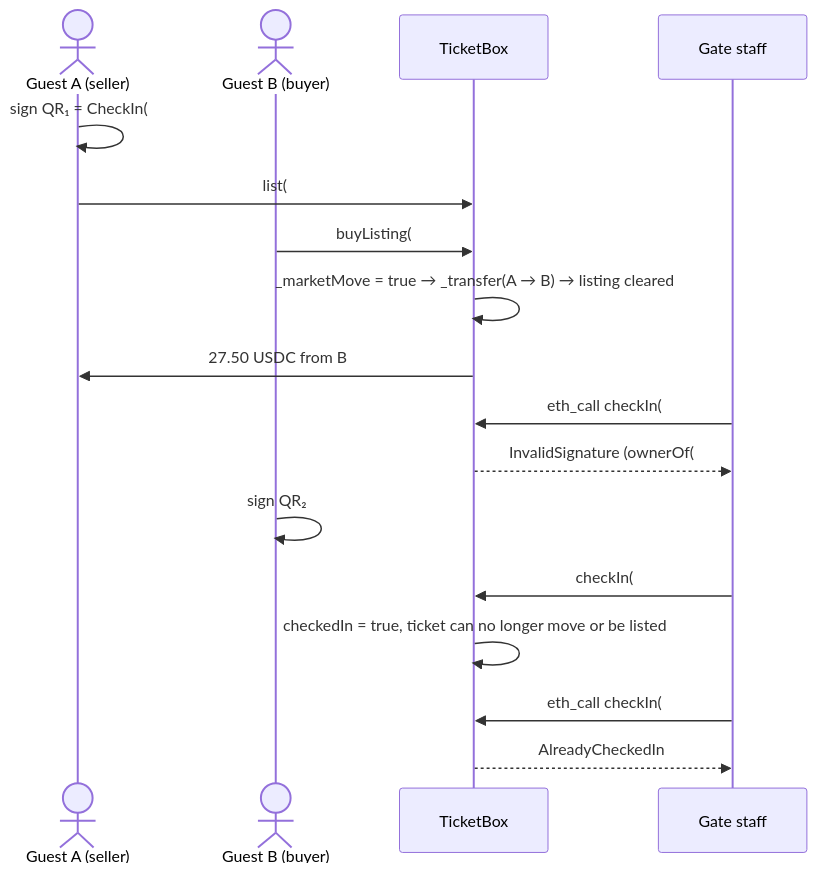
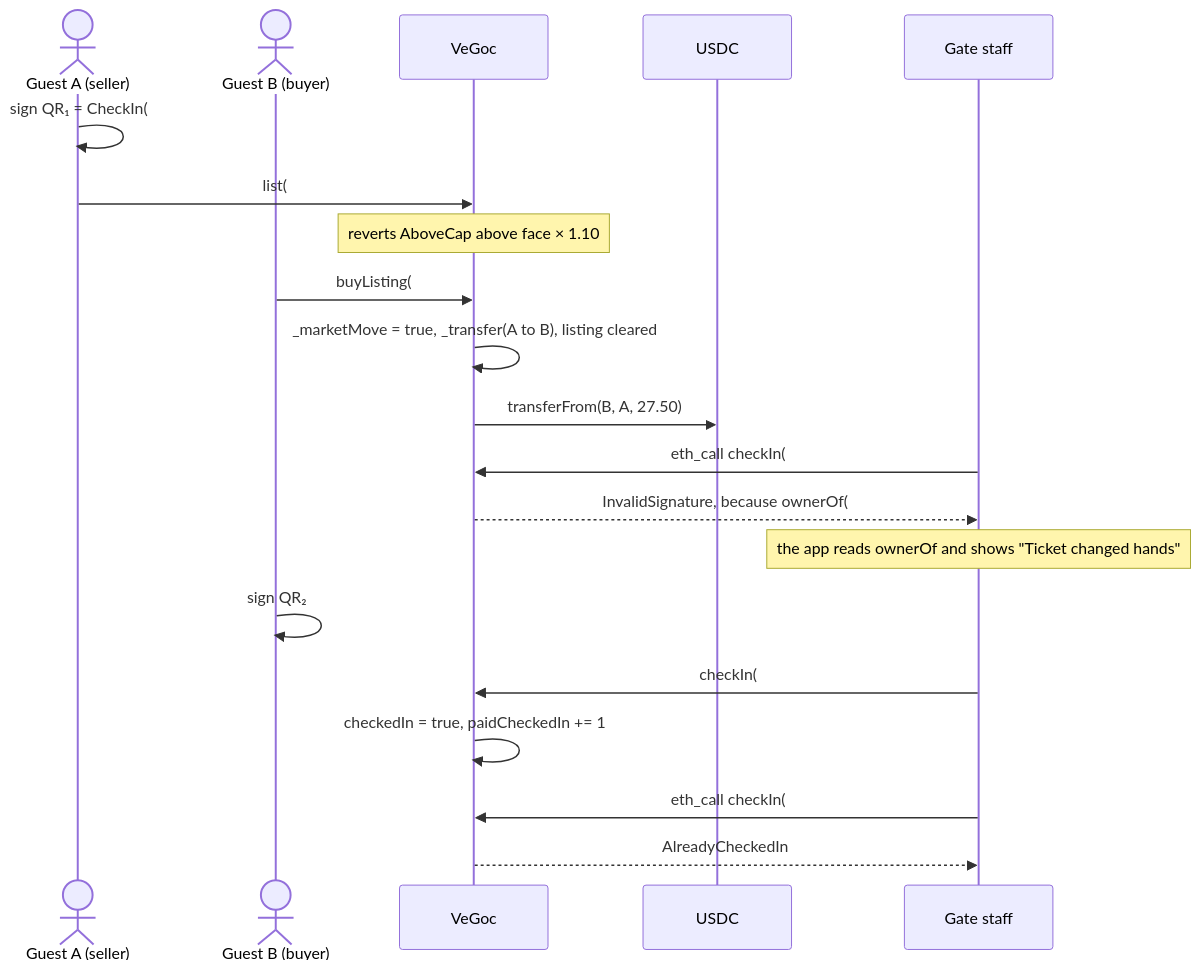
Before and after one commit to buiPhongGiang/ticketing: the third of 7 diagrams in docs/ARCHITECTURE.md, drawn with Mermaid. The commit also changed other lines of this file and 8 other files, not shown here.

First line of the commit message:
docs: README, architecture and demo beats for the VeGoc deployment; Fuji media

````diff
--- a/docs/ARCHITECTURE.md
+++ b/docs/ARCHITECTURE.md
@@ -69,19 +92,22 @@
 ```mermaid
 sequenceDiagram
   actor A as Guest A (seller)
   actor B as Guest B (buyer)
-  participant T as TicketBox
+  participant T as VeGoc
+  participant U as USDC
   participant S as Gate staff
-  A->>A: sign QR₁ = CheckIn(#7, now+180) (kept by A)
-  A->>T: list(#7, 27.50)  (reverts above face × 1.10)
+  A->>A: sign QR₁ = CheckIn(#7, now + 180 s) and keep it
+  A->>T: list(#7, 27.50)
+  Note over T: reverts AboveCap above face × 1.10
   B->>T: buyListing(#7, maxPrice 27.50)
-  T->>T: _marketMove = true → _transfer(A → B) → listing cleared
-  T->>A: 27.50 USDC from B
+  T->>T: _marketMove = true, _transfer(A to B), listing cleared
+  T->>U: transferFrom(B, A, 27.50)
   S->>T: eth_call checkIn(#7, QR₁)
-  T-->>S: InvalidSignature (ownerOf(#7) is B) → app shows "Ticket changed hands"
+  T-->>S: InvalidSignature, because ownerOf(#7) is B
+  Note over S: the app reads ownerOf and shows "Ticket changed hands"
   B->>B: sign QR₂
   S->>T: checkIn(#7, QR₂)
-  T->>T: checkedIn = true, ticket can no longer move or be listed
+  T->>T: checkedIn = true, paidCheckedIn += 1
   S->>T: eth_call checkIn(#7, QR₂) again
   T-->>S: AlreadyCheckedIn
 ```
````
